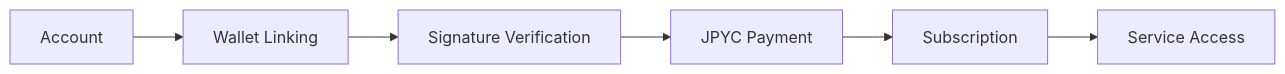
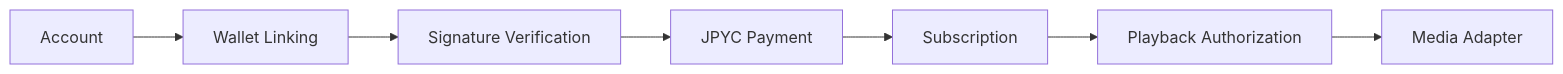
Before and after one commit to ShigeichiroYamasaki/creator-first-platform: the fourth of 5 diagrams in docs/protocol/index.md, drawn with Mermaid. The commit also changed other lines of this file and 20 other files, not shown here.

````diff
--- a/docs/protocol/index.md
+++ b/docs/protocol/index.md
@@ -439,11 +465,12 @@
 ```mermaid
 flowchart LR
     ACCOUNT[Account]
     WALLET[Wallet Linking]
     AUTH[Signature Verification]
     JPYC[JPYC Payment]
     SUB[Subscription]
-    ACCESS[Service Access]
+    ACCESS[Playback Authorization]
+    MEDIA[Media Adapter]
 
-    ACCOUNT --> WALLET --> AUTH --> JPYC --> SUB --> ACCESS
+    ACCOUNT --> WALLET --> AUTH --> JPYC --> SUB --> ACCESS --> MEDIA
 ```
````
